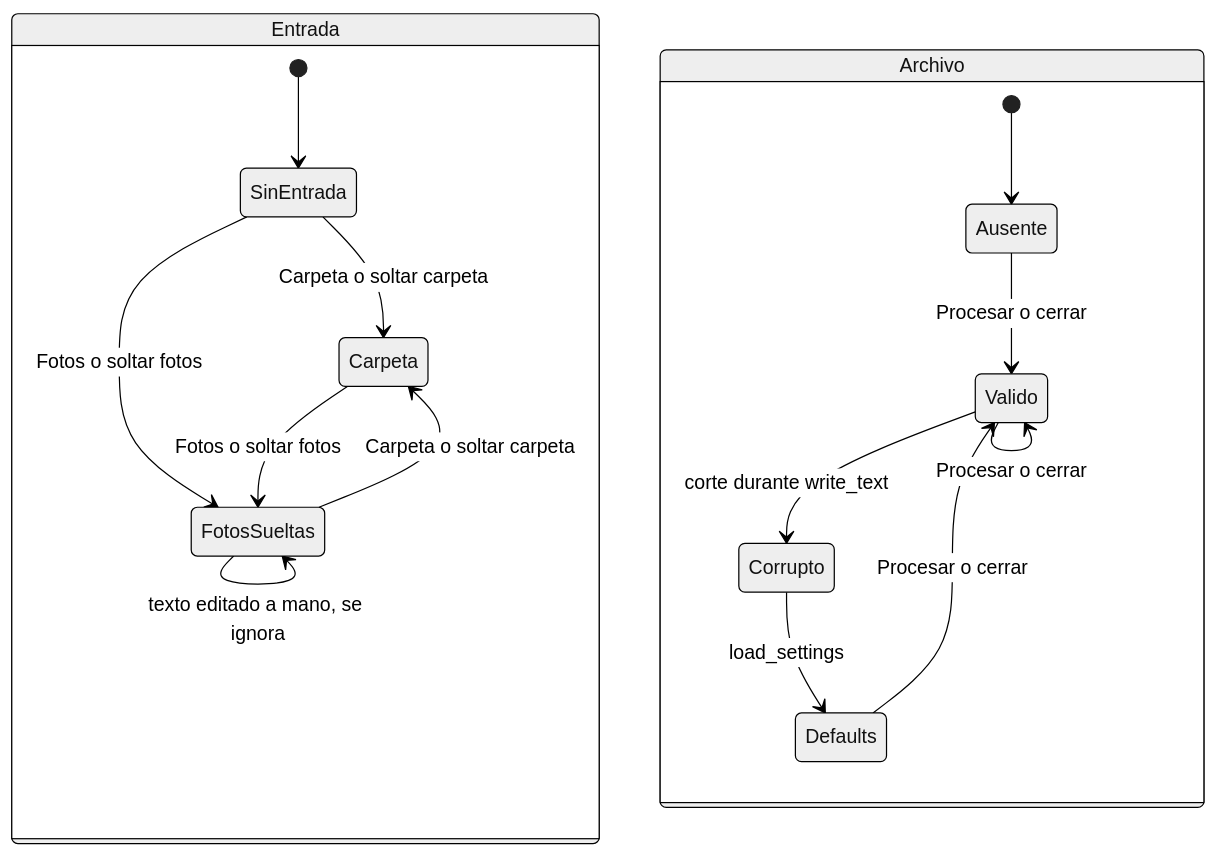
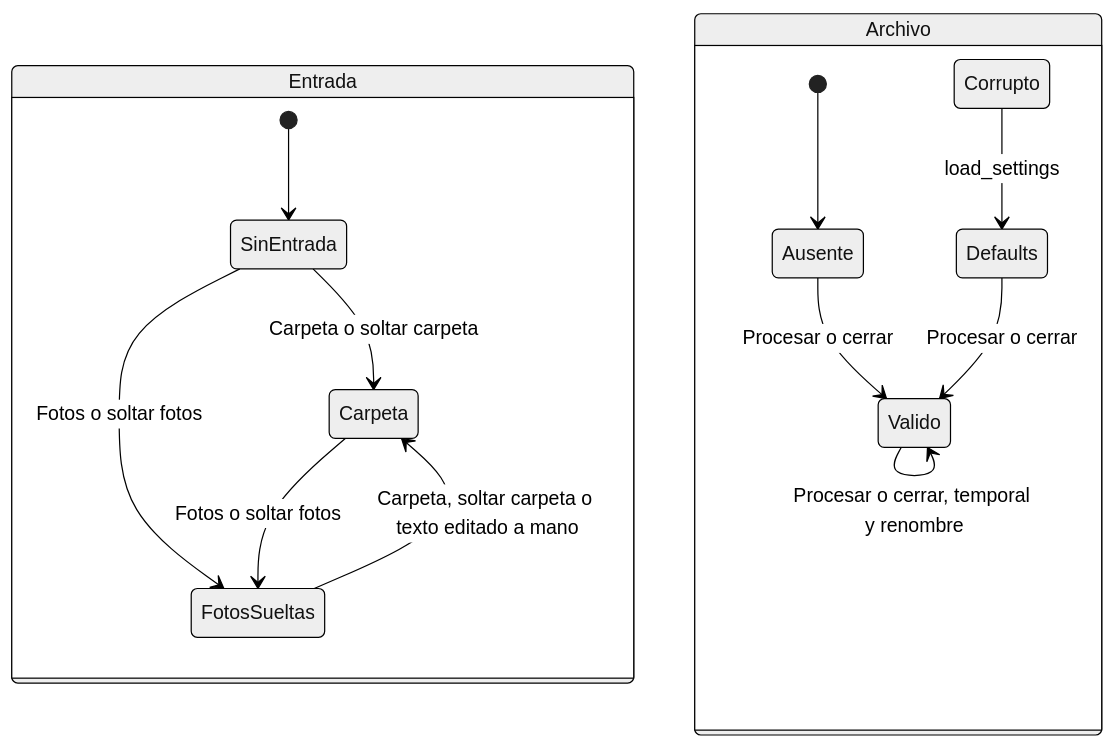
The eighth of 10 diagrams in docs/MAQUINAS_DE_ESTADO.md (kamiru-art/ps_bg_remover), drawn with Mermaid (neutral theme) before and after one commit. The commit also changed other lines of this file, not shown here.

````diff
--- a/docs/MAQUINAS_DE_ESTADO.md
+++ b/docs/MAQUINAS_DE_ESTADO.md
@@ -790,19 +901,17 @@
 ```mermaid
 stateDiagram-v2
     state Entrada {
         [*] --> SinEntrada
         SinEntrada --> Carpeta : Carpeta o soltar carpeta
         SinEntrada --> FotosSueltas : Fotos o soltar fotos
         Carpeta --> FotosSueltas : Fotos o soltar fotos
-        FotosSueltas --> Carpeta : Carpeta o soltar carpeta
-        FotosSueltas --> FotosSueltas : texto editado a mano, se ignora
+        FotosSueltas --> Carpeta : Carpeta, soltar carpeta o texto editado a mano
     }
     state Archivo {
         [*] --> Ausente
         Ausente --> Valido : Procesar o cerrar
-        Valido --> Corrupto : corte durante write_text
+        Valido --> Valido : Procesar o cerrar, temporal y renombre
         Corrupto --> Defaults : load_settings
         Defaults --> Valido : Procesar o cerrar
-        Valido --> Valido : Procesar o cerrar
     }
 ```
````
